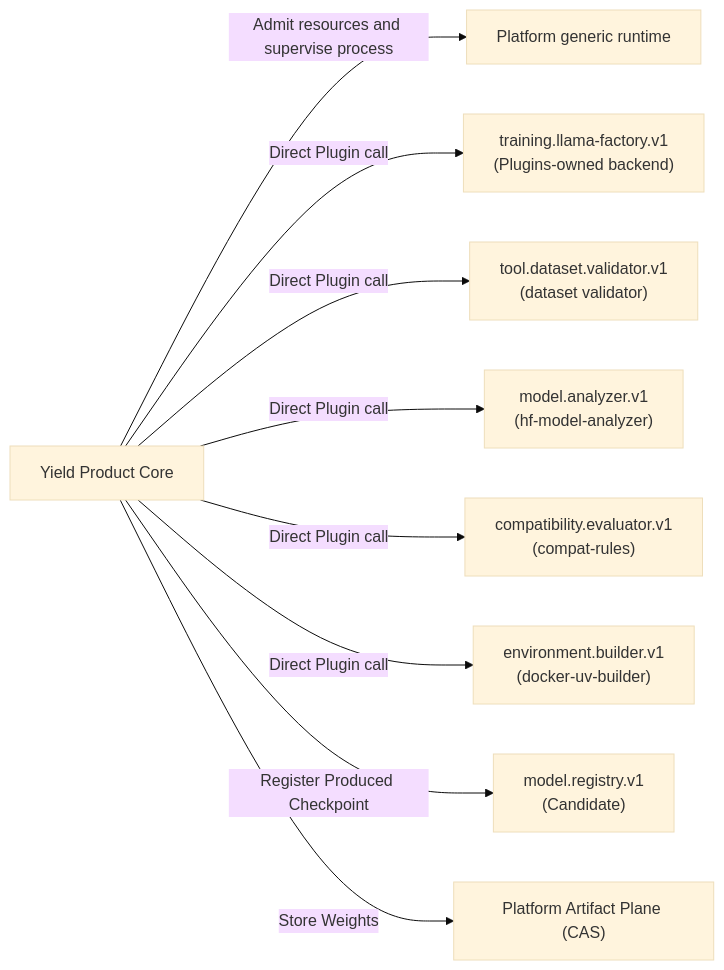
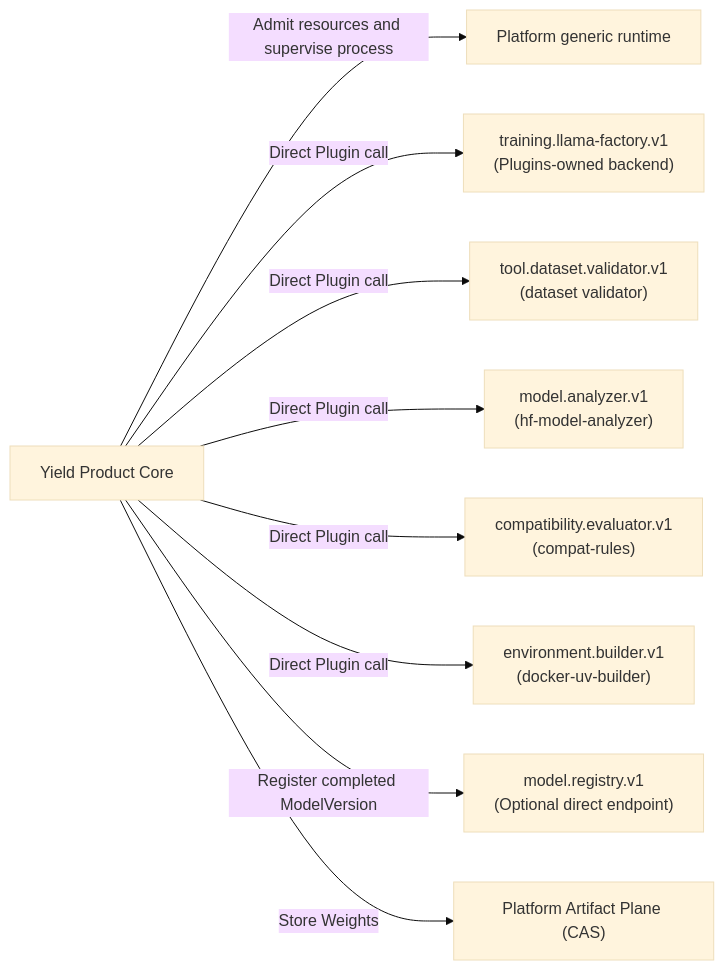
The second of 2 diagrams in docs/API.md (DoHorizon-AI/Cyrene-Yield), drawn with Mermaid (base theme) before and after one commit. The commit also changed other lines of this file and 8 other files, not shown here.

Commit message:
feat(yield): publish completed model versions to registry

````diff
--- a/docs/API.md
+++ b/docs/API.md
@@ -111,21 +111,21 @@
 ```mermaid
 flowchart LR
     Yield["Yield Product Core"]
     Platform["Platform generic runtime"]
     TrainEngine["training.llama-factory.v1<br/>(Plugins-owned backend)"]
     ModelAnalyzer["model.analyzer.v1<br/>(hf-model-analyzer)"]
     CompatRules["compatibility.evaluator.v1<br/>(compat-rules)"]
     EnvBuilder["environment.builder.v1<br/>(docker-uv-builder)"]
-    ModelRegistry["model.registry.v1<br/>(Candidate)"]
+    ModelRegistry["model.registry.v1<br/>(Optional direct endpoint)"]
     CAS["Platform Artifact Plane (CAS)"]
 
     Yield -->|Admit resources and supervise process| Platform
     DatasetValidator["tool.dataset.validator.v1<br/>(dataset validator)"]
     Yield -->|Direct Plugin call| TrainEngine
     Yield -->|Direct Plugin call| DatasetValidator
     Yield -->|Direct Plugin call| ModelAnalyzer
     Yield -->|Direct Plugin call| CompatRules
     Yield -->|Direct Plugin call| EnvBuilder
-    Yield -->|Register Produced Checkpoint| ModelRegistry
+    Yield -->|Register completed ModelVersion| ModelRegistry
     Yield -->|Store Weights| CAS
 ```
````
